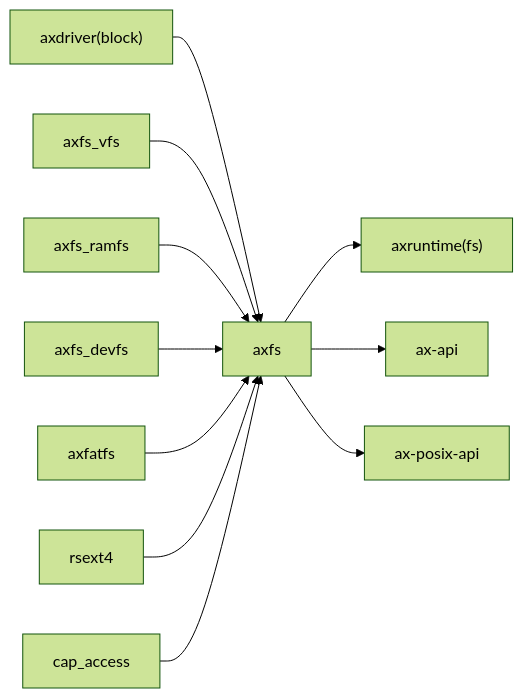
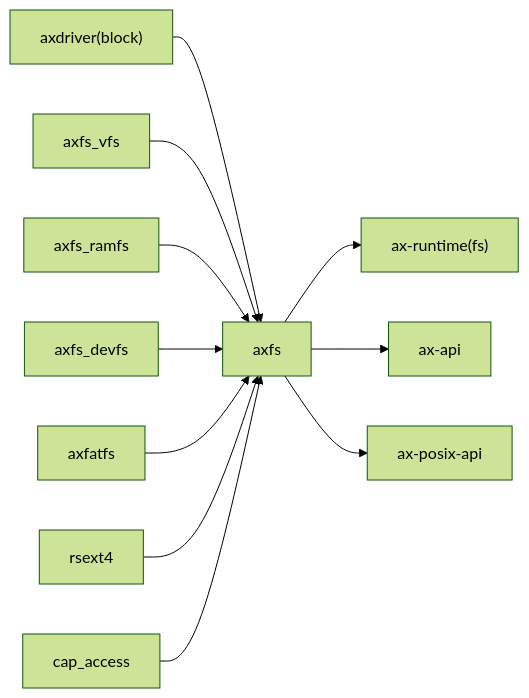
Before and after one commit to zKurisu/tgoskits: the second of 2 diagrams in docs/crates/axfs.md, drawn with Mermaid (forest theme). The commit also changed other lines of this file and 69 other files, not shown here.

Commit message:
rename axruntime to ax-runtime

````diff
--- a/docs/crates/axfs.md
+++ b/docs/crates/axfs.md
@@ -100,14 +100,14 @@
 ```mermaid
 graph LR
     axdriver["axdriver(block)"] --> current["axfs"]
     axfs_vfs["axfs_vfs"] --> current
     axfs_ramfs["axfs_ramfs"] --> current
     axfs_devfs["axfs_devfs"] --> current
     axfatfs["axfatfs"] --> current
     rsext4["rsext4"] --> current
     cap_access["cap_access"] --> current
 
-    current --> axruntime["axruntime(fs)"]
+    current --> ax-runtime["ax-runtime(fs)"]
     current --> ax-api["ax-api"]
     current --> ax-posix-api["ax-posix-api"]
 ```
````
